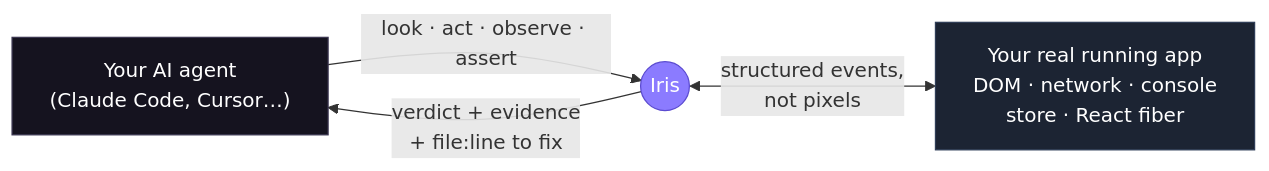
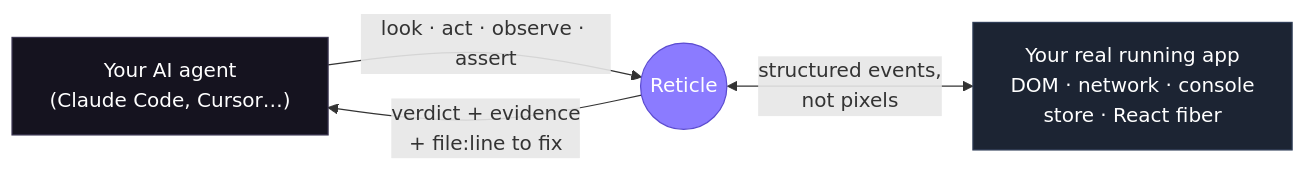
One commit to reticlehq/reticle changed the diagram in README.md. Above: the diagram before and after it, drawn with Mermaid. The commit also changed other lines of this file and 614 other files, not shown here.

First line of the commit message:
refactor: rebrand Iris → Reticle across the codebase

````diff
--- a/README.md
+++ b/README.md
@@ -100,9 +100,9 @@
 ```mermaid
 flowchart LR
-    A["Your AI agent<br/>(Claude Code, Cursor…)"] -->|"look · act · observe · assert"| B(("Iris"))
+    A["Your AI agent<br/>(Claude Code, Cursor…)"] -->|"look · act · observe · assert"| B(("Reticle"))
     B <-->|"structured events,<br/>not pixels"| C["Your real running app<br/>DOM · network · console<br/>store · React fiber"]
     B -->|"verdict + evidence<br/>+ file:line to fix"| A
     style B fill:#8b7bff,stroke:#5b4bd0,color:#fff
     style A fill:#15131f,stroke:#3a3550,color:#fff
     style C fill:#1c2433,stroke:#2f3d57,color:#fff
 ```
````
